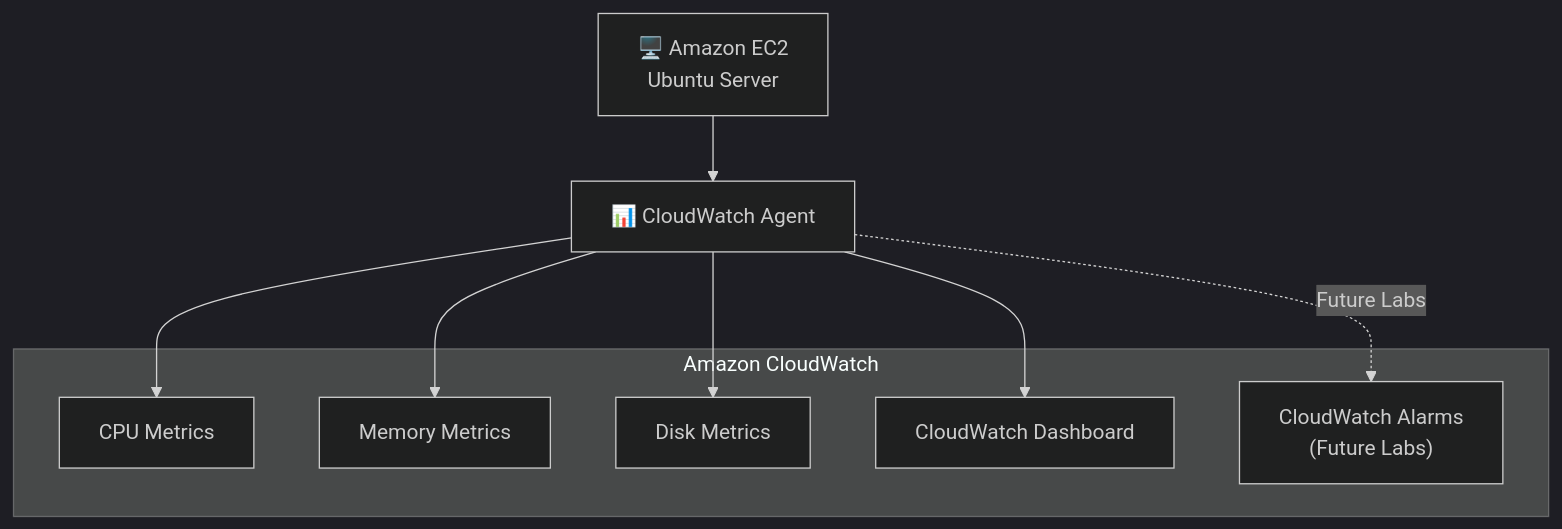
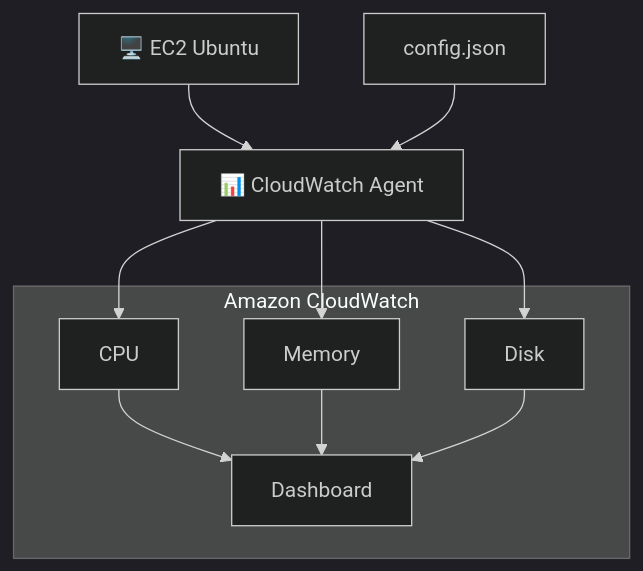
One commit to itamarsb/aws-cloud-engineering-lab changed the diagram in labs/02-ec2-monitoring-with-cloudwatch-agent/README.md. Above: the diagram before and after it, drawn with Mermaid (dark theme).

````diff
--- a/labs/02-ec2-monitoring-with-cloudwatch-agent/README.md
+++ b/labs/02-ec2-monitoring-with-cloudwatch-agent/README.md
@@ -28,23 +28,27 @@
 ```mermaid
+
 flowchart TB
 
-    EC2["🖥️ Amazon EC2<br/>Ubuntu Server"]
+    EC2["🖥️ EC2 Ubuntu"]
 
     Agent["📊 CloudWatch Agent"]
 
-    subgraph CloudWatch["Amazon CloudWatch"]
-        CPU["CPU Metrics"]
-        Memory["Memory Metrics"]
-        Disk["Disk Metrics"]
-        Dashboard["CloudWatch Dashboard"]
-        Alarms["CloudWatch Alarms<br/>(Future Labs)"]
+    Config["config.json"]
+
+    subgraph CW["Amazon CloudWatch"]
+        CPU["CPU"]
+        Memory["Memory"]
+        Disk["Disk"]
+        Dashboard["Dashboard"]
     end
 
     EC2 --> Agent
-
+    Config --> Agent
     Agent --> CPU
     Agent --> Memory
     Agent --> Disk
-    Agent --> Dashboard
-    Agent -. Future Labs .-> Alarms
+    CPU --> Dashboard
+    Memory --> Dashboard
+    Disk --> Dashboard
+
 ```
````
